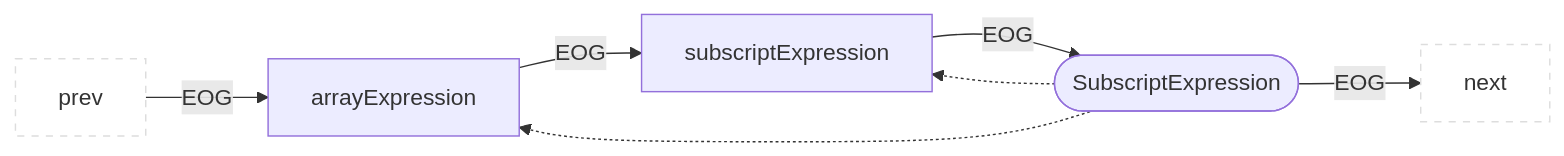
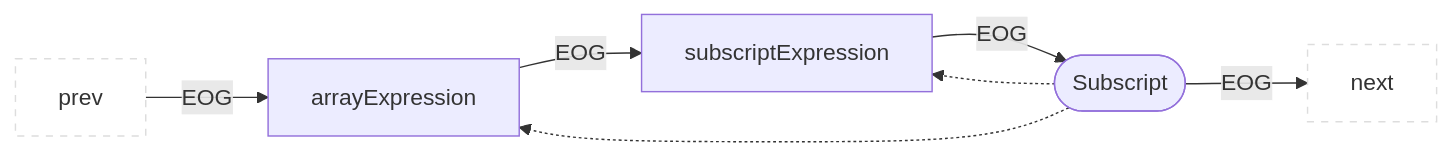
The eighth of 49 diagrams in docs/docs/CPG/specs/eog.md (Fraunhofer-AISEC/cpg), drawn with Mermaid before and after one commit. The commit also changed other lines of this file and 219 other files, not shown here.

````diff
--- a/docs/docs/CPG/specs/eog.md
+++ b/docs/docs/CPG/specs/eog.md
@@ -181,10 +181,10 @@
 ```mermaid
 flowchart LR
   classDef outer fill:#fff,stroke:#ddd,stroke-dasharray:5 5;
   prev:::outer --EOG--> child
   child --EOG--> child2["subscriptExpression"]
-  parent(["SubscriptExpression"]) --EOG--> next:::outer
+  parent(["Subscript"]) --EOG--> next:::outer
   parent -.-> child["arrayExpression"]
   parent -.-> child2
   child2 --EOG--> parent
 ```
````
